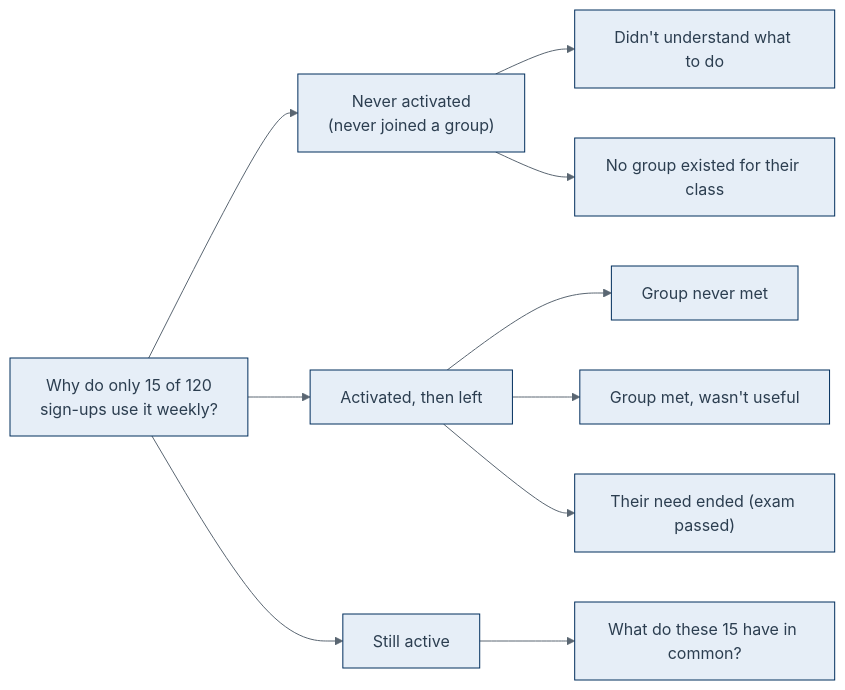
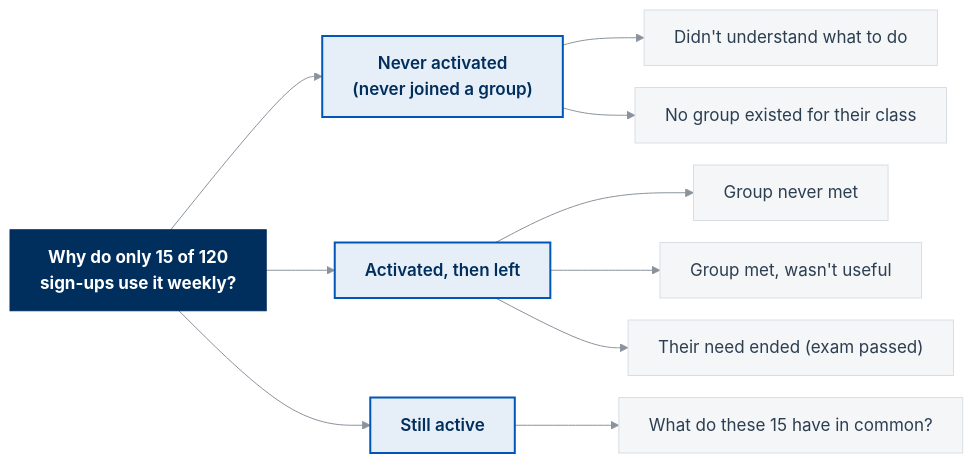
One commit to byu-strategy/product-management changed the diagram in 04-finding-and-validating-the-problem.qmd. Above: the diagram before and after it, drawn with Mermaid. The commit also changed other lines of this file and 40 other files, not shown here.

First line of the commit message:
Remove mannered prose across the book and in figure labels

````diff
--- a/04-finding-and-validating-the-problem.qmd
+++ b/04-finding-and-validating-the-problem.qmd
@@ -669,16 +669,20 @@
 ```{mermaid}
 %%| label: fig-issue-tree
 %%| fig-cap: "An issue tree for low retention. The three first-level branches cover every sign-up exactly once, so the data can point to the branch that holds the problem."
 %%| fig-alt: "A tree branching left to right from the question why do only 15 of 120 sign-ups use it weekly. Three branches: never activated, meaning never joined a group, which splits into did not understand what to do and no group existed for their class; activated, then left, which splits into group never met, group met but was not useful, and their need ended because the exam passed; and still active, which leads to what do these 15 have in common."
-%%{init: {'theme':'base','themeVariables':{'fontFamily':'Inter, Helvetica Neue, Helvetica, Arial, sans-serif','fontSize':'16px','primaryColor':'#E6EEF7','primaryBorderColor':'#002E5D','primaryTextColor':'#2C3E50','lineColor':'#5A6672','secondaryColor':'#F4F6F8','tertiaryColor':'#FAFBFC','actorBkg':'#E6EEF7','actorBorder':'#002E5D','git0':'#002E5D','git1':'#0057B8','git2':'#6495ED','gitBranchLabel0':'#ffffff','gitBranchLabel1':'#ffffff'}}}%%
+%%{init: {'theme':'base','flowchart':{'curve':'basis','wrappingWidth':320,'nodeSpacing':22,'rankSpacing':56},'themeVariables':{'fontFamily':'Inter, Helvetica Neue, Helvetica, Arial, sans-serif','fontSize':'17px','primaryColor':'#F4F6F8','primaryBorderColor':'#D9DEE4','primaryTextColor':'#2C3E50','lineColor':'#8A939C'}}}%%
 flowchart LR
   Q["Why do only 15 of 120<br/>sign-ups use it weekly?"] --> A["Never activated<br/>(never joined a group)"]
   Q --> B["Activated, then left"]
   Q --> C["Still active"]
   A --> A1["Didn't understand what to do"]
   A --> A2["No group existed for their class"]
   B --> B1["Group never met"]
   B --> B2["Group met, wasn't useful"]
   B --> B3["Their need ended (exam passed)"]
   C --> C1["What do these 15 have in common?"]
+  classDef question fill:#002E5D,stroke:#002E5D,color:#FFFFFF,font-weight:700
+  classDef branch fill:#E6EEF7,stroke:#0057B8,stroke-width:2px,color:#002E5D,font-weight:600
+  class Q question
+  class A,B,C branch
 ```
````
